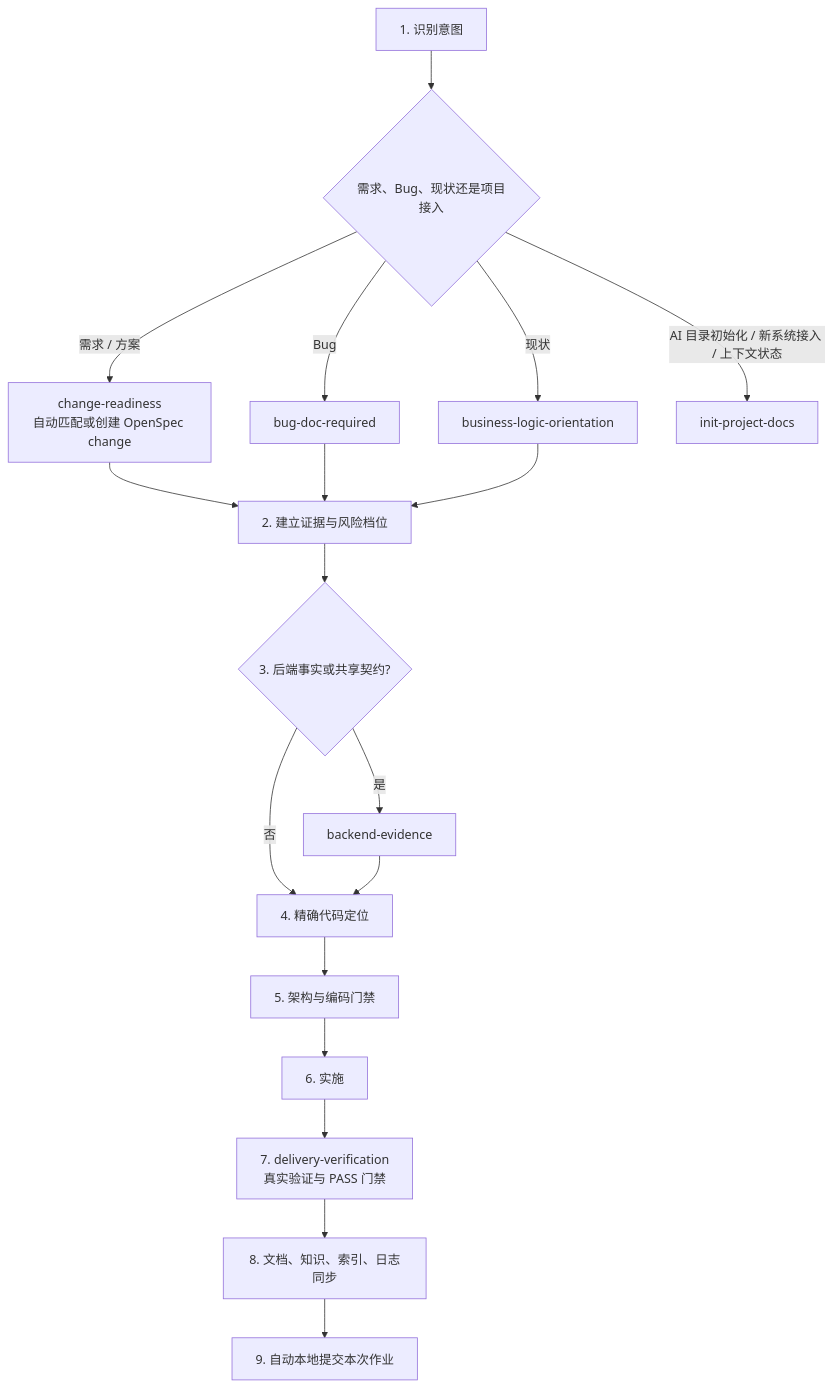
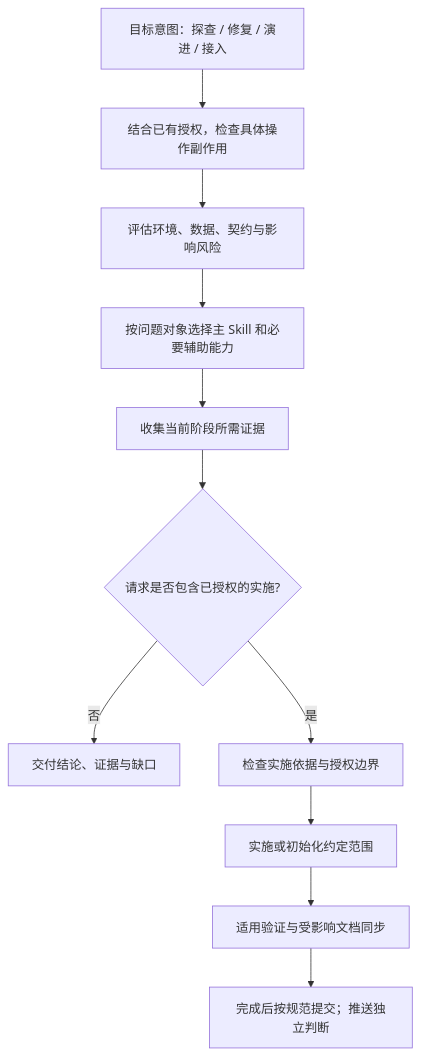
One commit to exception-coder/team-standards changed the first of 2 diagrams in docs/skill-flow.md. Above: the diagram before and after it, drawn with Mermaid. The commit also changed other lines of this file and 18 other files, not shown here.

First line of the commit message:
feat(routing): 分离任务意图授权与风险判断

````diff
--- a/docs/skill-flow.md
+++ b/docs/skill-flow.md
@@ -9,20 +9,13 @@
 ```mermaid
 flowchart TD
-    A["1. 识别意图"] --> B{"需求、Bug、现状还是项目接入"}
-    B -->|"需求 / 方案"| C["change-readiness\n自动匹配或创建 OpenSpec change"]
-    B -->|"Bug"| D["bug-doc-required"]
-    B -->|"现状"| E["business-logic-orientation"]
-    B -->|"AI 目录初始化 / 新系统接入 / 上下文状态"| F["init-project-docs"]
-    C --> G["2. 建立证据与风险档位"]
-    D --> G
-    E --> G
-    G --> H{"3. 后端事实或共享契约?"}
-    H -->|"是"| I["backend-evidence"]
-    H -->|"否"| J["4. 精确代码定位"]
-    I --> J
-    J --> K["5. 架构与编码门禁"]
-    K --> L["6. 实施"]
-    L --> V["7. delivery-verification\n真实验证与 PASS 门禁"]
-    V --> M["8. 文档、知识、索引、日志同步"]
-    M --> N["9. 自动本地提交本次作业"]
+    A["目标意图：探查 / 修复 / 演进 / 接入"] --> B["结合已有授权，检查具体操作副作用"]
+    B --> C["评估环境、数据、契约与影响风险"]
+    C --> D["按问题对象选择主 Skill 和必要辅助能力"]
+    D --> E["收集当前阶段所需证据"]
+    E --> F{"请求是否包含已授权的实施?"}
+    F -->|"否"| G["交付结论、证据与缺口"]
+    F -->|"是"| H["检查实施依据与授权边界"]
+    H --> I["实施或初始化约定范围"]
+    I --> J["适用验证与受影响文档同步"]
+    J --> K["完成后按规范提交；推送独立判断"]
 ```
````
